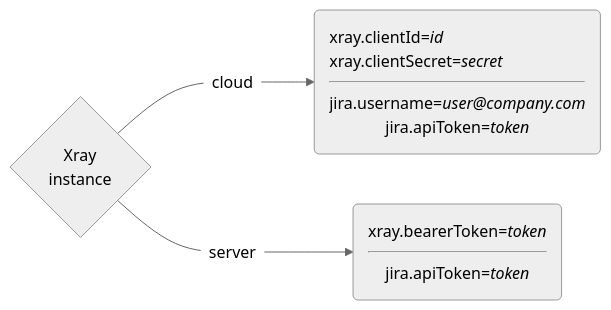
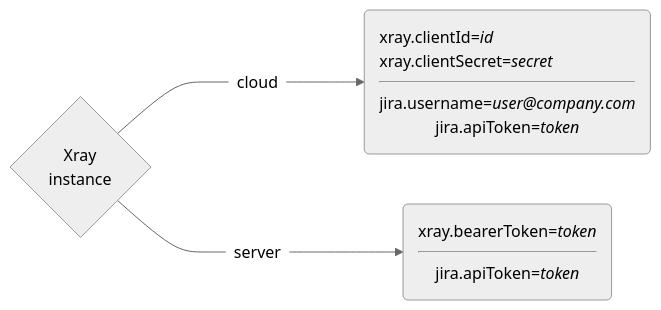
Before and after one commit to Qytera-Gmbh/Qytera-Gmbh.github.io: the diagram in projects/qtaf/docs/sections/plugins/xray/Configuration.md, drawn with Mermaid (neutral theme). The commit also changed other lines of this file and 2 other files, not shown here.

````diff
--- a/projects/qtaf/docs/sections/plugins/xray/Configuration.md
+++ b/projects/qtaf/docs/sections/plugins/xray/Configuration.md
@@ -11,10 +42,10 @@
     ```mermaid
     graph LR
         A{Xray<br/>instance};
         B("xray.clientId=<i>id</i><br>xray.clientSecret=<i>secret</i><br><hr>jira.username=<i>user@company.com</i><br>jira.apiToken=<i>token</i>");
-        A --->|&nbsp cloud &nbsp| B;
-        A --->|&nbsp server &nbsp| D;
+        A ---->|&nbsp cloud &nbsp| B;
+        A ---->|&nbsp server &nbsp| D;
         D("xray.bearerToken=<i>token</i><br><hr>jira.apiToken=<i>token</i>");
         classDef code-node text-align:left;
         class B,D,E code-node;
     ```
````
